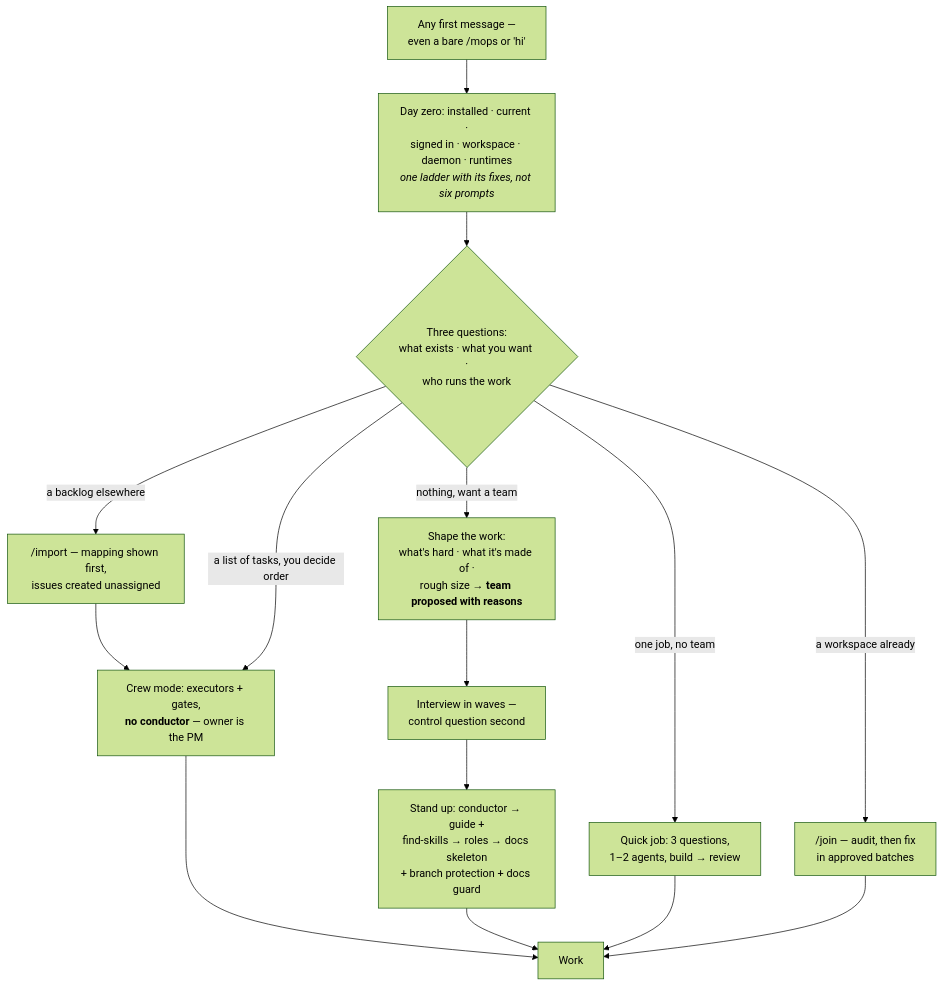
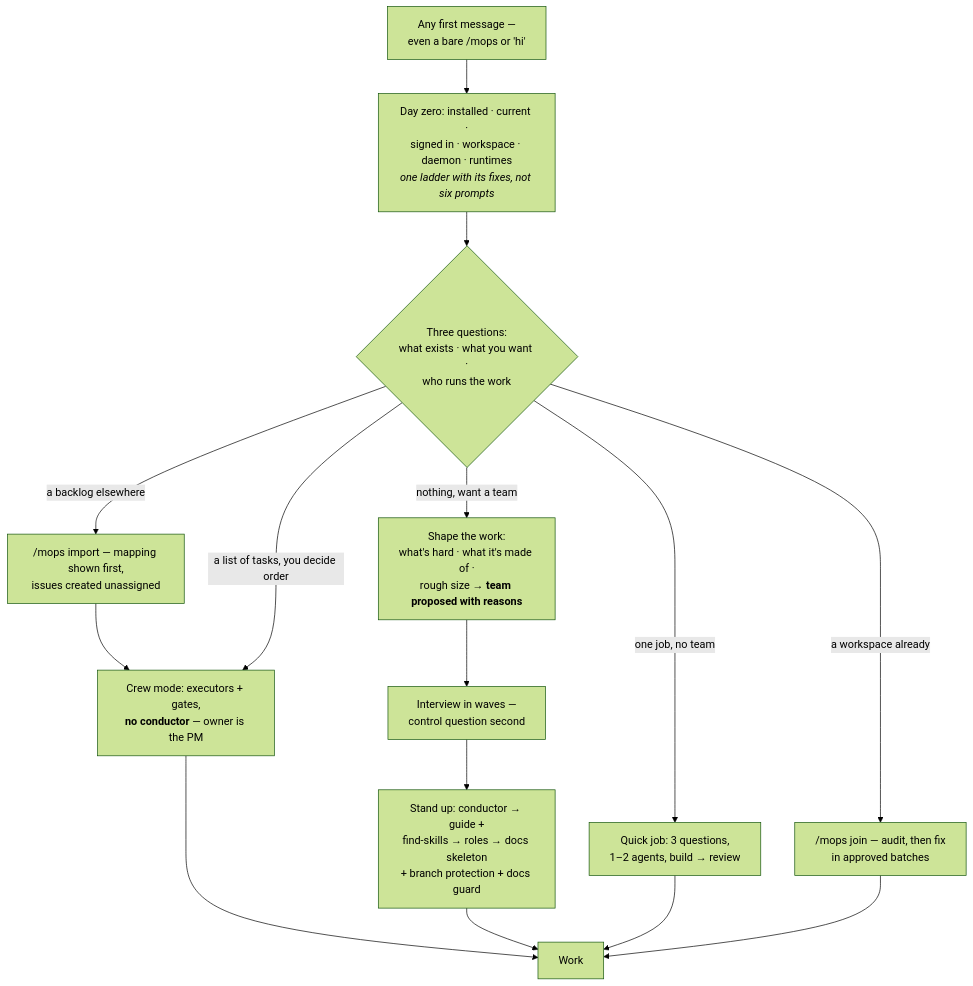
One commit to jamillazarev/multica-ops changed the first of 8 diagrams in WORKFLOW.md. Above: the diagram before and after it, drawn with Mermaid (forest theme). The commit also changed other lines of this file and 3 other files, not shown here.

First line of the commit message:
v2.3.5 — diagrams say /mops too; changelog headings are just the version

````diff
--- a/WORKFLOW.md
+++ b/WORKFLOW.md
@@ -18,17 +18,17 @@
 ```mermaid
 flowchart TD
     U["Any first message —<br/>even a bare /mops or 'hi'"] --> DZ["Day zero: installed · current ·<br/>signed in · workspace · daemon · runtimes<br/><i>one ladder with its fixes, not six prompts</i>"]
     DZ --> Q{"Three questions:<br/>what exists · what you want ·<br/>who runs the work"}
     Q -->|"nothing, want a team"| SHAPE
-    Q -->|"a workspace already"| JOIN["/join — audit, then fix<br/>in approved batches"]
-    Q -->|"a backlog elsewhere"| IMP["/import — mapping shown first,<br/>issues created unassigned"]
+    Q -->|"a workspace already"| JOIN["/mops join — audit, then fix<br/>in approved batches"]
+    Q -->|"a backlog elsewhere"| IMP["/mops import — mapping shown first,<br/>issues created unassigned"]
     Q -->|"one job, no team"| QJ["Quick job: 3 questions,<br/>1–2 agents, build → review"]
     SHAPE["Shape the work:<br/>what's hard · what it's made of ·<br/>rough size → <b>team proposed with reasons</b>"] --> INT["Interview in waves —<br/>control question second"]
     INT --> STAND["Stand up: conductor → guide +<br/>find-skills → roles → docs skeleton<br/>+ branch protection + docs guard"]
     IMP --> CREW
     Q -->|"a list of tasks, you decide order"| CREW["Crew mode: executors + gates,<br/><b>no conductor</b> — owner is the PM"]
     CREW --> RUN["Work"]
     STAND --> RUN
     QJ --> RUN
     JOIN --> RUN
 ```
````
